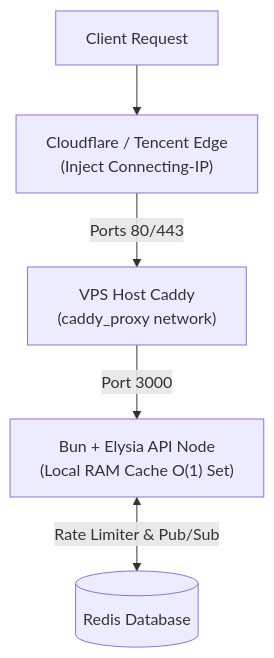
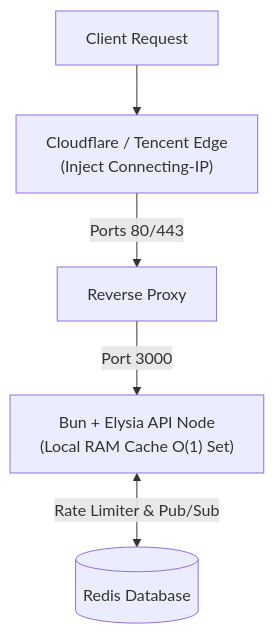
The first of 3 diagrams in docs/architecture.md (rafifmsn/trust), drawn with Mermaid before and after one commit. The commit also changed other lines of this file and 2 other files, not shown here.

Commit message:
chore: remove vps prod compose and caddy_proxy references

````diff
--- a/docs/architecture.md
+++ b/docs/architecture.md
@@ -9,7 +9,7 @@
 ```mermaid
 flowchart TD
     Client["Client Request"] --> Edge["Cloudflare / Tencent Edge<br/>(Inject Connecting-IP)"]
-    Edge -->|Ports 80/443| Caddy["VPS Host Caddy<br/>(caddy_proxy network)"]
-    Caddy -->|Port 3000| API["Bun + Elysia API Node<br/>(Local RAM Cache O(1) Set)"]
+    Edge -->|Ports 80/443| Proxy["Reverse Proxy"]
+    Proxy -->|Port 3000| API["Bun + Elysia API Node<br/>(Local RAM Cache O(1) Set)"]
     API <-->|Rate Limiter & Pub/Sub| Redis[("Redis Database")]
 ```
````
